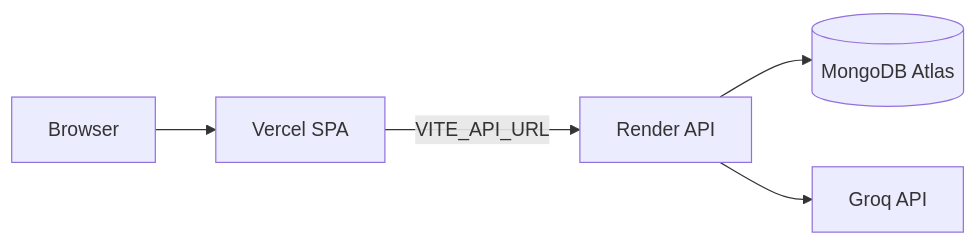
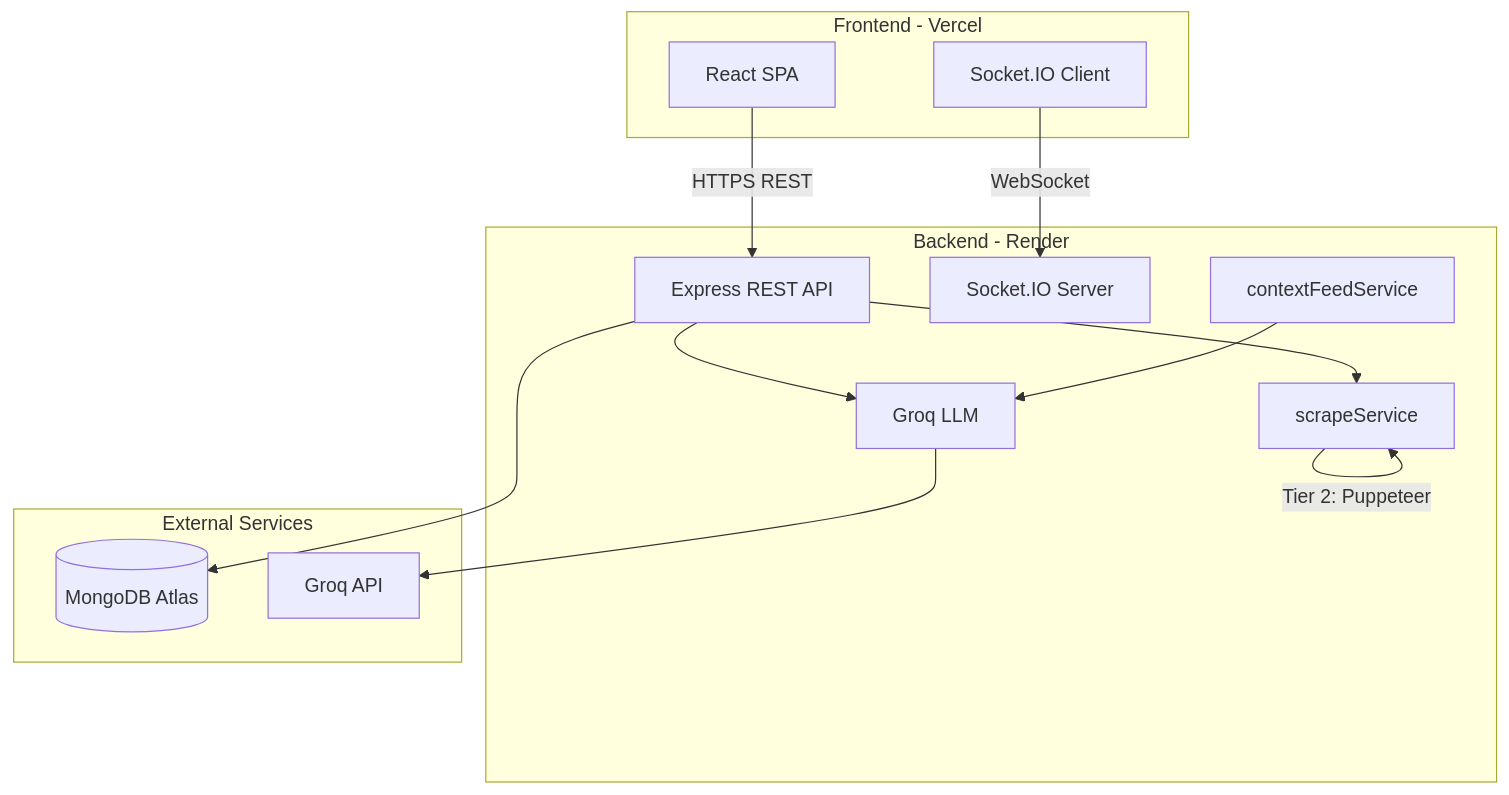
Before and after one commit to Zaid5671/SL3: the first of 2 diagrams in README.md, drawn with Mermaid. The commit also changed other lines of this file, not shown here.

````diff
--- a/README.md
+++ b/README.md
@@ -62,7 +142,30 @@
 ```mermaid
-flowchart LR
-    User[Browser] --> Vercel[Vercel SPA]
-    Vercel -->|"VITE_API_URL"| Render[Render API]
-    Render --> Mongo[(MongoDB Atlas)]
-    Render --> Groq[Groq API]
+flowchart TB
+    subgraph client [Frontend - Vercel]
+        UI[React SPA]
+        SocketClient[Socket.IO Client]
+    end
+
+    subgraph server [Backend - Render]
+        API[Express REST API]
+        SocketServer[Socket.IO Server]
+        Scraper[scrapeService]
+        AI[Groq LLM]
+        ContextFeed[contextFeedService]
+    end
+
+    subgraph external [External Services]
+        Mongo[(MongoDB Atlas)]
+        GroqAPI[Groq API]
+    end
+
+    UI -->|HTTPS REST| API
+    SocketClient -->|WebSocket| SocketServer
+    API --> Scraper
+    API --> AI
+    ContextFeed --> AI
+    API --> Mongo
+    Scraper -->|Tier 1: fetch + Cheerio| Scraper
+    Scraper -->|Tier 2: Puppeteer| Scraper
+    AI --> GroqAPI
 ```
````
